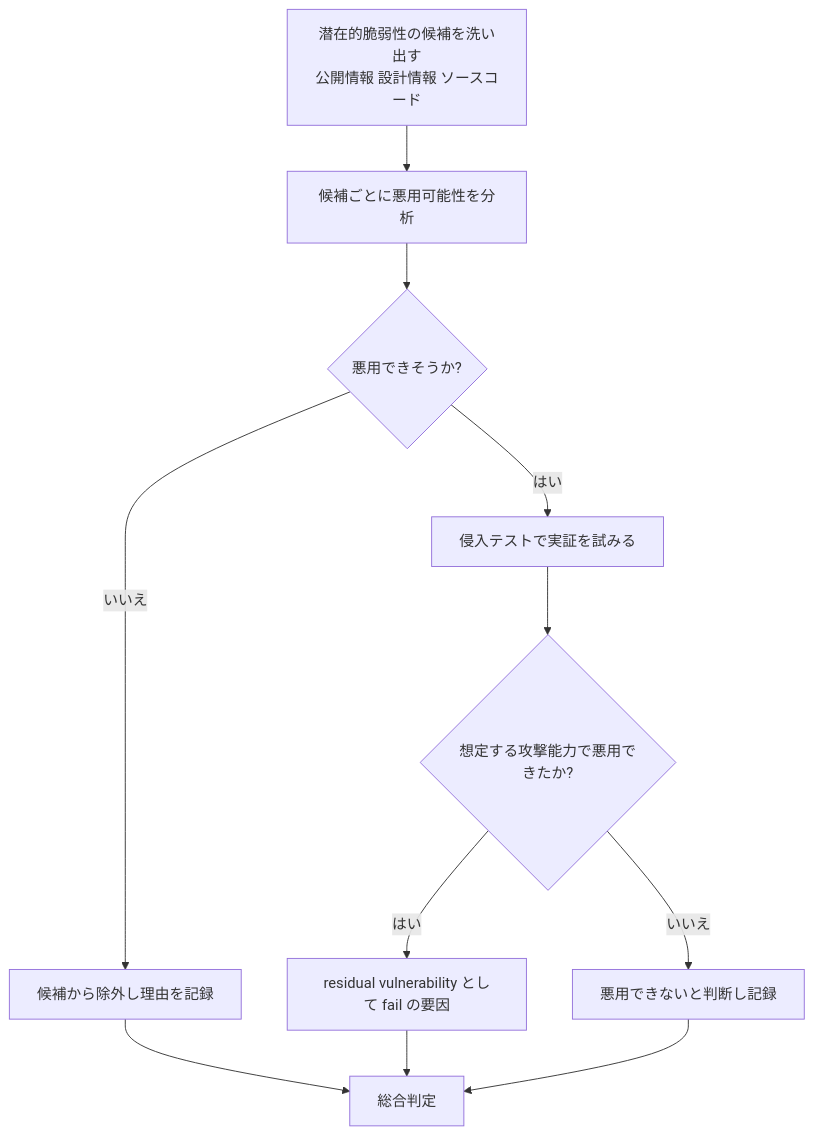
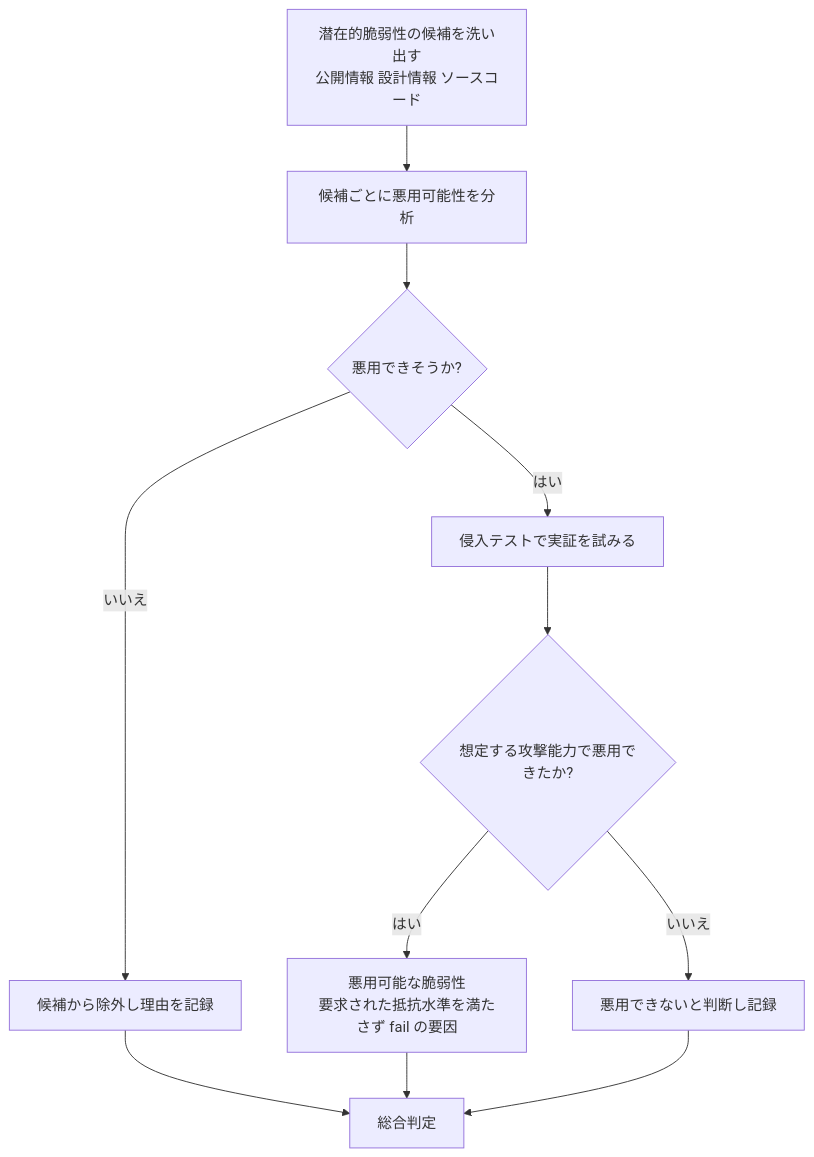
Diagram 14 of 18 in Iso-iec-18045-2026-guide.md (myoshi2891/Security_Studies), drawn with Mermaid before and after one commit. The commit also changed other lines of this file and 1 other file, not shown here.

````diff
--- a/Iso-iec-18045-2026-guide.md
+++ b/Iso-iec-18045-2026-guide.md
@@ -572,13 +574,13 @@
 ```mermaid
 flowchart TD
     A["潜在的脆弱性の候補を洗い出す<br/>公開情報 設計情報 ソースコード"] --> B["候補ごとに悪用可能性を分析"]
     B --> C{"悪用できそうか?"}
     C -->|"はい"| D["侵入テストで実証を試みる"]
     C -->|"いいえ"| E["候補から除外し理由を記録"]
     D --> F{"想定する攻撃能力で悪用できたか?"}
-    F -->|"はい"| G["residual vulnerability として fail の要因"]
+    F -->|"はい"| G["悪用可能な脆弱性<br/>要求された抵抗水準を満たさず fail の要因"]
     F -->|"いいえ"| H["悪用できないと判断し記録"]
     E --> I["総合判定"]
     G --> I
     H --> I
 ```
````
